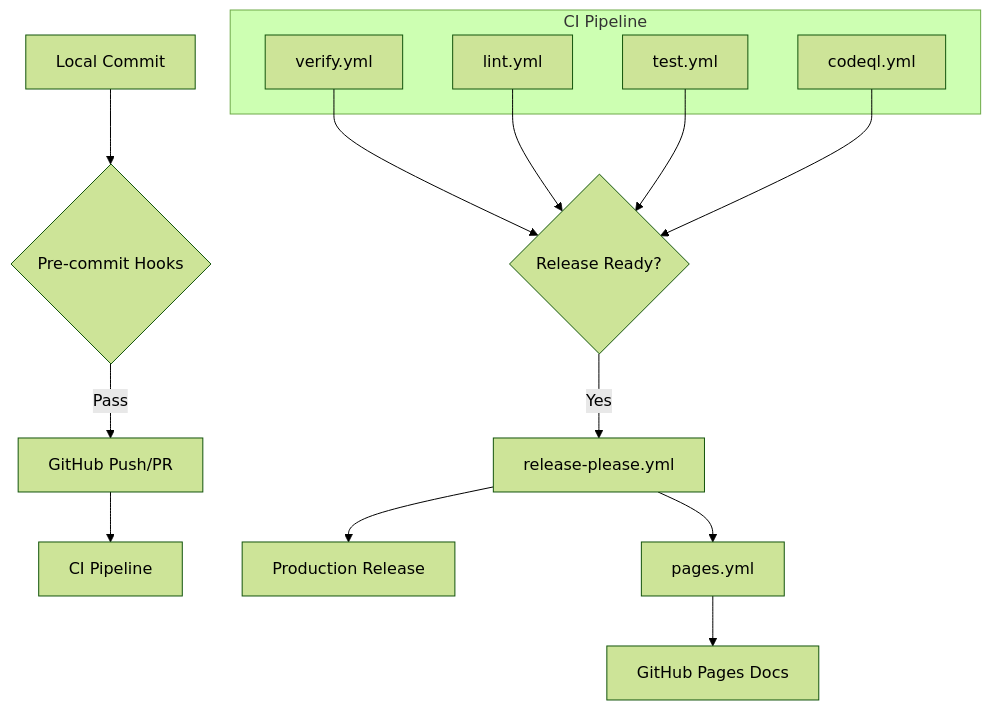
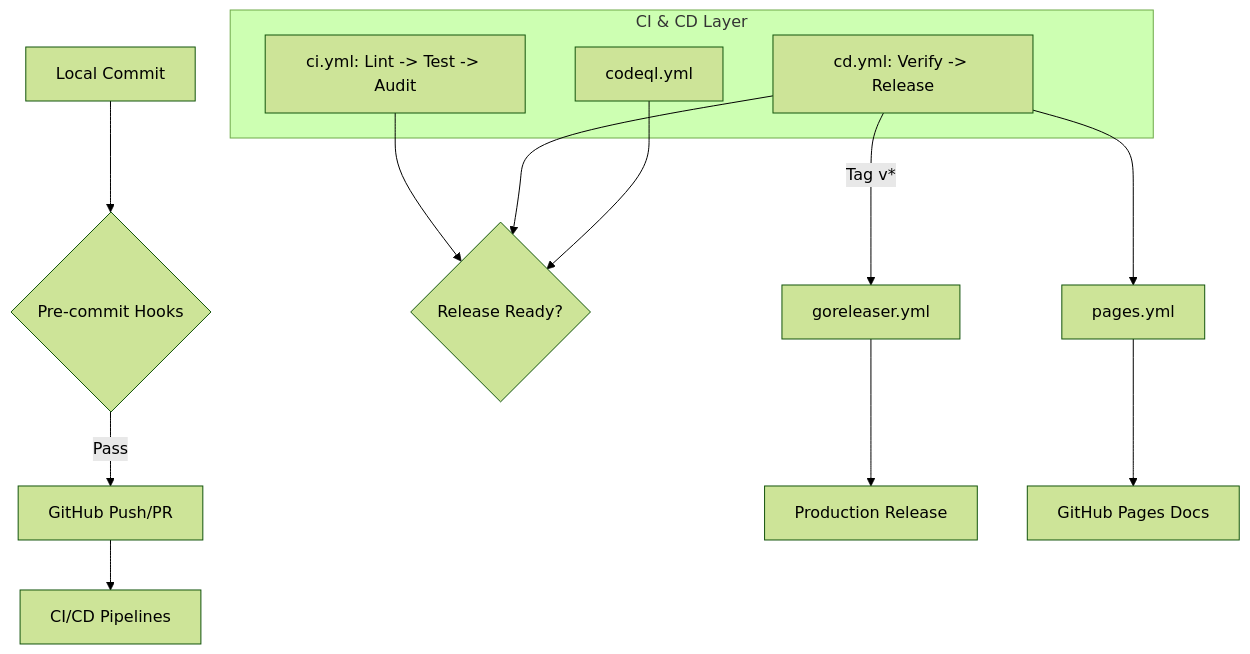
One commit to snowdreamtech/alpine changed the diagram in .github/workflows/README.md. Above: the diagram before and after it, drawn with Mermaid (forest theme). The commit also changed other lines of this file and 1 other file, not shown here.

Commit message:
docs(ci): update workflow documentation for new ci/cd architecture
- Update architecture diagrams in README.md and README_zh-CN.md.
- Update file structure list to reflect the removal of redundant workflows.
- Sync CI/CD development and release flow descriptions.

````diff
--- a/.github/workflows/README.md
+++ b/.github/workflows/README.md
@@ -22,17 +22,16 @@
 ```mermaid
 graph TD
     A[Local Commit] --> B{Pre-commit Hooks}
     B -- Pass --> C[GitHub Push/PR]
-    C --> D[CI Pipeline]
-    subgraph "CI Pipeline"
-        D1[verify.yml]
-        D2[lint.yml]
-        D3[test.yml]
-        D4[codeql.yml]
+    C --> D[CI/CD Pipelines]
+    subgraph "CI & CD Layer"
+        D1[ci.yml: Lint -> Test -> Audit]
+        D2[cd.yml: Verify -> Release]
+        D3[codeql.yml]
     end
-    D1 & D2 & D3 & D4 --> E{Release Ready?}
-    E -- Yes --> F[release-please.yml]
+    D1 & D2 & D3 --> E{Release Ready?}
+    D2 -- Tag v* --> F[goreleaser.yml]
     F --> G[Production Release]
-    F --> H[pages.yml]
+    D2 --> H[pages.yml]
     H --> I[GitHub Pages Docs]
 ```
````
